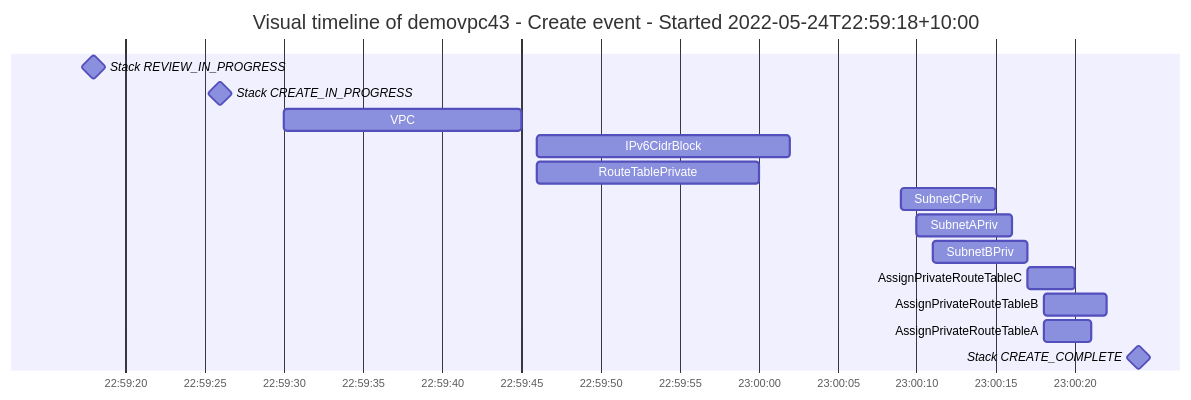
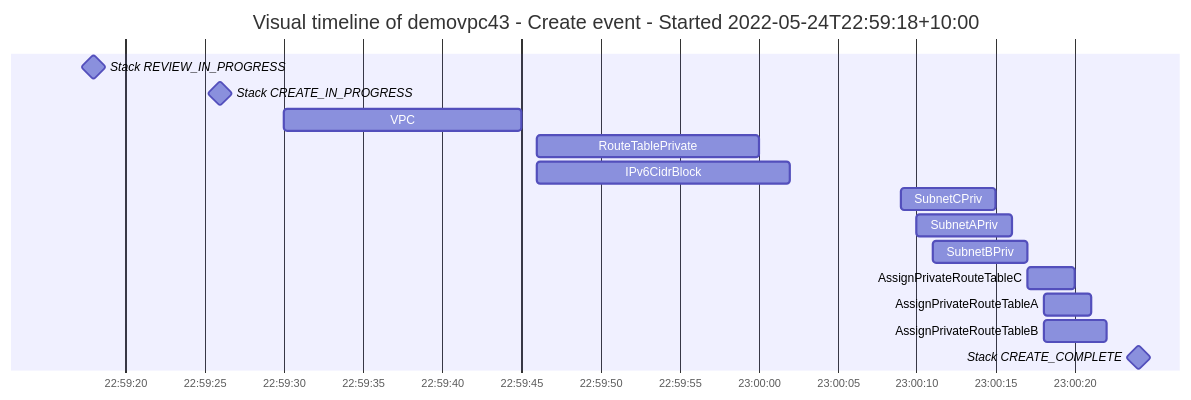
The first of 4 diagrams in docs/fog-report-demo.md (ArjenSchwarz/fog), drawn with Mermaid before and after one commit. The commit also changed other lines of this file and 2 other files, not shown here.

````diff
--- a/docs/fog-report-demo.md
+++ b/docs/fog-report-demo.md
@@ -24,18 +24,18 @@
 ```mermaid
 gantt
 	title Visual timeline of demovpc43 - Create event - Started 2022-05-24T22:59:18+10:00
 	dateFormat HH:mm:ss
 	axisFormat %H:%M:%S
 	Stack REVIEW_IN_PROGRESS	:milestone, 22:59:18 , 0s
 	Stack CREATE_IN_PROGRESS	:milestone, 22:59:26 , 0s
 	VPC	:22:59:30 , 15s
+	RouteTablePrivate	:22:59:46 , 14s
 	IPv6CidrBlock	:22:59:46 , 16s
-	RouteTablePrivate	:22:59:46 , 14s
 	SubnetCPriv	:23:00:09 , 6s
 	SubnetAPriv	:23:00:10 , 6s
 	SubnetBPriv	:23:00:11 , 6s
 	AssignPrivateRouteTableC	:23:00:17 , 3s
+	AssignPrivateRouteTableA	:23:00:18 , 3s
 	AssignPrivateRouteTableB	:23:00:18 , 4s
-	AssignPrivateRouteTableA	:23:00:18 , 3s
 	Stack CREATE_COMPLETE	:milestone, 23:00:24 , 0s
 ```
````
